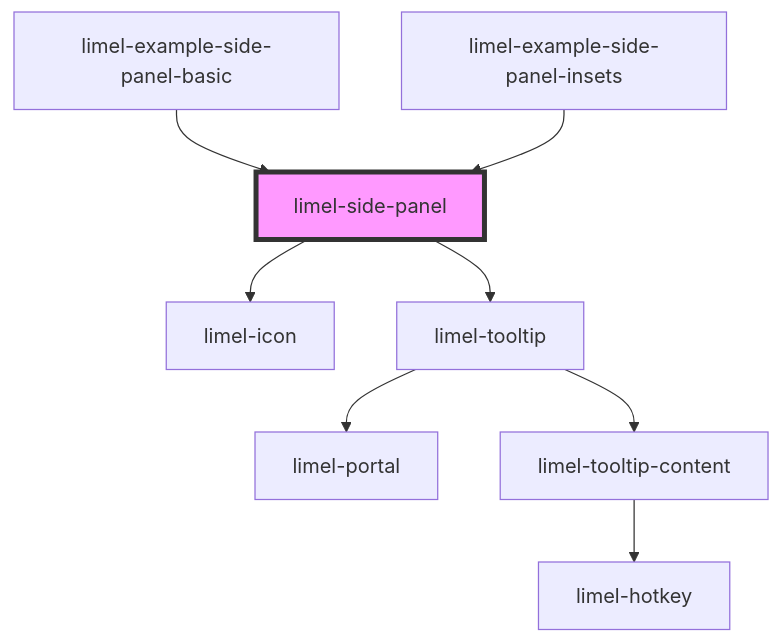
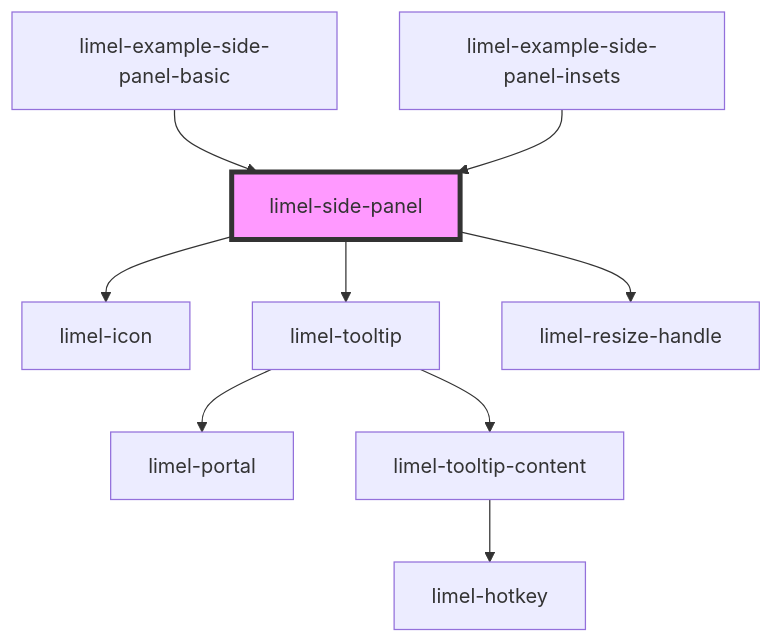
One commit to Lundalogik/lime-elements changed the diagram in versions/PR-4363/markdown-docs/components/side-panel/readme.md. Above: the diagram before and after it, drawn with Mermaid. The commit also changed other lines of this file and 589 other files, not shown here.

````diff
--- a/versions/PR-4363/markdown-docs/components/side-panel/readme.md
+++ b/versions/PR-4363/markdown-docs/components/side-panel/readme.md
@@ -81,11 +82,12 @@
 ```mermaid
 graph TD;
   limel-side-panel --> limel-icon
   limel-side-panel --> limel-tooltip
+  limel-side-panel --> limel-resize-handle
   limel-tooltip --> limel-portal
   limel-tooltip --> limel-tooltip-content
   limel-tooltip-content --> limel-hotkey
   limel-example-side-panel-basic --> limel-side-panel
   limel-example-side-panel-insets --> limel-side-panel
   style limel-side-panel fill:#f9f,stroke:#333,stroke-width:4px
 ```
````
